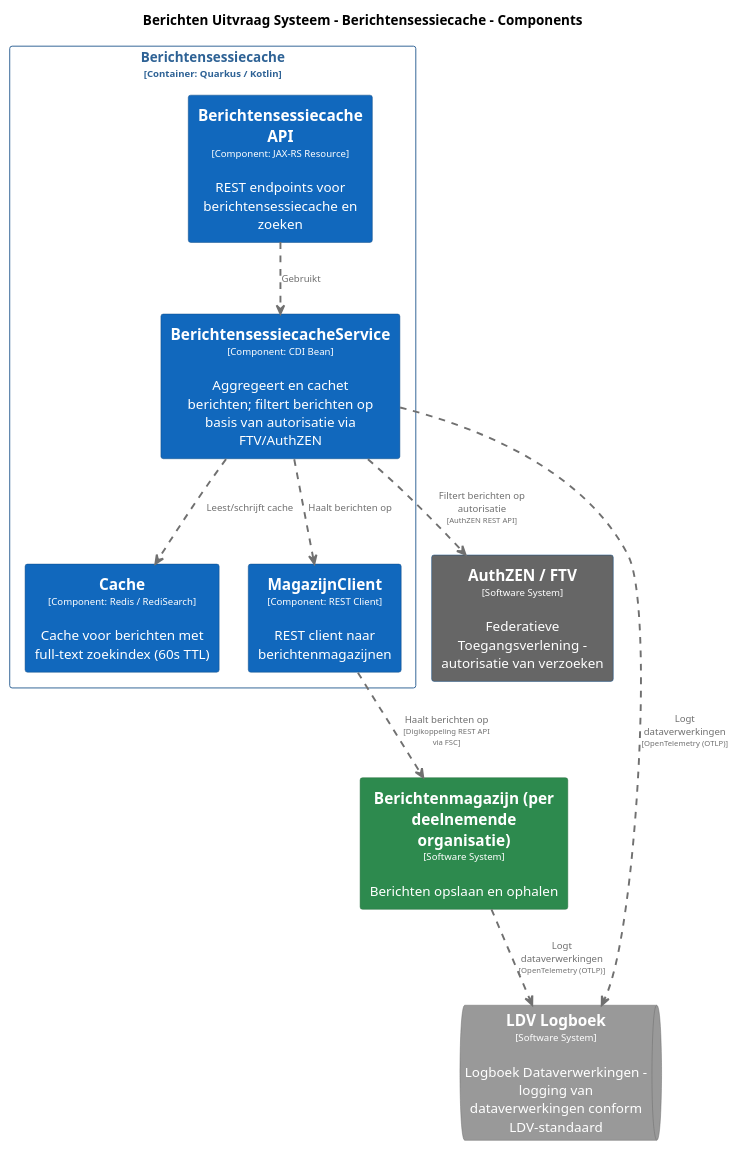
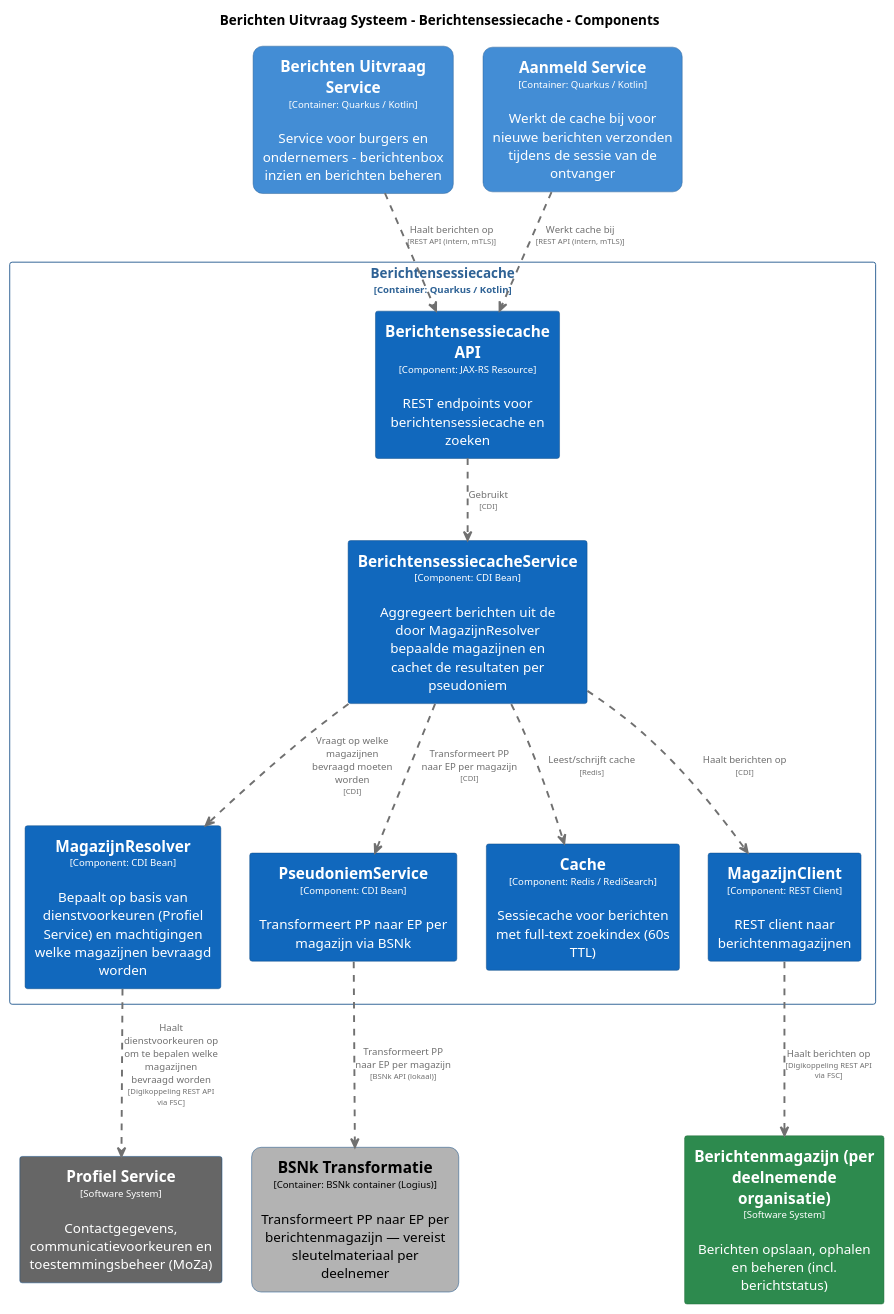
The diagram in master/puml/BerichtensessiecacheComponenten.puml (MinBZK/moza-poc-fbs-berichtenbox), drawn with PlantUML before and after one commit. The commit also changed 91 other files, not shown here.

```diff
--- a/master/puml/BerichtensessiecacheComponenten.puml
+++ b/master/puml/BerichtensessiecacheComponenten.puml
@@ -1,84 +1,118 @@
 @startuml
 set separator none
 title Berichten Uitvraag Systeem - Berichtensessiecache - Components
 
 top to bottom direction
 skinparam ranksep 60
 skinparam nodesep 30
 
 skinparam {
   arrowFontSize 10
   defaultTextAlignment center
   wrapWidth 200
   maxMessageSize 100
 }
 
 hide stereotype
 
-skinparam rectangle<<AuthZENFTV>> {
-  BackgroundColor #666666
+skinparam rectangle<<BerichtenUitvraagSysteem.AanmeldService>> {
+  BackgroundColor #438dd5
   FontColor #ffffff
+  BorderColor #2e6295
+  roundCorner 20
+  shadowing false
+}
+skinparam rectangle<<BerichtenUitvraagSysteem.BSNkTransformatie>> {
+  BackgroundColor #b3b3b3
+  FontColor #000000
   BorderColor #0b4884
+  roundCorner 20
+  shadowing false
+}
+skinparam rectangle<<BerichtenUitvraagSysteem.BerichtenUitvraagService>> {
+  BackgroundColor #438dd5
+  FontColor #ffffff
+  BorderColor #2e6295
+  roundCorner 20
   shadowing false
 }
 skinparam rectangle<<Berichtenmagazijnperdeelnemendeorganisatie>> {
   BackgroundColor #2d8a4e
   FontColor #ffffff
   BorderColor #1e6b38
   shadowing false
 }
 skinparam rectangle<<BerichtenUitvraagSysteem.Berichtensessiecache.BerichtensessiecacheAPI>> {
   BackgroundColor #1168bd
   FontColor #ffffff
   BorderColor #0b4884
   shadowing false
 }
 skinparam rectangle<<BerichtenUitvraagSysteem.Berichtensessiecache.BerichtensessiecacheService>> {
   BackgroundColor #1168bd
   FontColor #ffffff
   BorderColor #0b4884
   shadowing false
 }
 skinparam rectangle<<BerichtenUitvraagSysteem.Berichtensessiecache.Cache>> {
   BackgroundColor #1168bd
   FontColor #ffffff
   BorderColor #0b4884
   shadowing false
 }
-skinparam queue<<LDVLogboek>> {
-  BackgroundColor #999999
+skinparam rectangle<<BerichtenUitvraagSysteem.Berichtensessiecache.MagazijnClient>> {
+  BackgroundColor #1168bd
   FontColor #ffffff
-  BorderColor #6b6b6b
+  BorderColor #0b4884
   shadowing false
 }
-skinparam rectangle<<BerichtenUitvraagSysteem.Berichtensessiecache.MagazijnClient>> {
+skinparam rectangle<<BerichtenUitvraagSysteem.Berichtensessiecache.MagazijnResolver>> {
+  BackgroundColor #1168bd
+  FontColor #ffffff
+  BorderColor #0b4884
+  shadowing false
+}
+skinparam rectangle<<ProfielService>> {
+  BackgroundColor #666666
+  FontColor #ffffff
+  BorderColor #0b4884
+  shadowing false
+}
+skinparam rectangle<<BerichtenUitvraagSysteem.Berichtensessiecache.PseudoniemService>> {
   BackgroundColor #1168bd
   FontColor #ffffff
   BorderColor #0b4884
   shadowing false
 }
 skinparam rectangle<<BerichtenUitvraagSysteem.Berichtensessiecache>> {
   BorderColor #2e6295
   FontColor #2e6295
   shadowing false
 }
 
-rectangle "==AuthZEN / FTV\n<size:10>[Software System]</size>\n\nFederatieve Toegangsverlening - autorisatie van verzoeken" <<AuthZENFTV>> as AuthZENFTV
-rectangle "==Berichtenmagazijn (per deelnemende organisatie)\n<size:10>[Software System]</size>\n\nBerichten opslaan en ophalen" <<Berichtenmagazijnperdeelnemendeorganisatie>> as Berichtenmagazijnperdeelnemendeorganisatie
-queue "==LDV Logboek\n<size:10>[Software System]</size>\n\nLogboek Dataverwerkingen - logging van dataverwerkingen conform LDV-standaard" <<LDVLogboek>> as LDVLogboek
+rectangle "==Profiel Service\n<size:10>[Software System]</size>\n\nContactgegevens, communicatievoorkeuren en toestemmingsbeheer (MoZa)" <<ProfielService>> as ProfielService
+rectangle "==Berichtenmagazijn (per deelnemende organisatie)\n<size:10>[Software System]</size>\n\nBerichten opslaan, ophalen en beheren (incl. berichtstatus)" <<Berichtenmagazijnperdeelnemendeorganisatie>> as Berichtenmagazijnperdeelnemendeorganisatie
+rectangle "==Berichten Uitvraag Service\n<size:10>[Container: Quarkus / Kotlin]</size>\n\nService voor burgers en ondernemers - berichtenbox inzien en berichten beheren" <<BerichtenUitvraagSysteem.BerichtenUitvraagService>> as BerichtenUitvraagSysteem.BerichtenUitvraagService
+rectangle "==BSNk Transformatie\n<size:10>[Container: BSNk container (Logius)]</size>\n\nTransformeert PP naar EP per berichtenmagazijn — vereist sleutelmateriaal per deelnemer" <<BerichtenUitvraagSysteem.BSNkTransformatie>> as BerichtenUitvraagSysteem.BSNkTransformatie
+rectangle "==Aanmeld Service\n<size:10>[Container: Quarkus / Kotlin]</size>\n\nWerkt de cache bij voor nieuwe berichten verzonden tijdens de sessie van de ontvanger" <<BerichtenUitvraagSysteem.AanmeldService>> as BerichtenUitvraagSysteem.AanmeldService
 
 rectangle "Berichtensessiecache\n<size:10>[Container: Quarkus / Kotlin]</size>" <<BerichtenUitvraagSysteem.Berichtensessiecache>> {
   rectangle "==Berichtensessiecache API\n<size:10>[Component: JAX-RS Resource]</size>\n\nREST endpoints voor berichtensessiecache en zoeken" <<BerichtenUitvraagSysteem.Berichtensessiecache.BerichtensessiecacheAPI>> as BerichtenUitvraagSysteem.Berichtensessiecache.BerichtensessiecacheAPI
-  rectangle "==BerichtensessiecacheService\n<size:10>[Component: CDI Bean]</size>\n\nAggregeert en cachet berichten; filtert berichten op basis van autorisatie via FTV/AuthZEN" <<BerichtenUitvraagSysteem.Berichtensessiecache.BerichtensessiecacheService>> as BerichtenUitvraagSysteem.Berichtensessiecache.BerichtensessiecacheService
-  rectangle "==Cache\n<size:10>[Component: Redis / RediSearch]</size>\n\nCache voor berichten met full-text zoekindex (60s TTL)" <<BerichtenUitvraagSysteem.Berichtensessiecache.Cache>> as BerichtenUitvraagSysteem.Berichtensessiecache.Cache
+  rectangle "==MagazijnResolver\n<size:10>[Component: CDI Bean]</size>\n\nBepaalt op basis van dienstvoorkeuren (Profiel Service) en machtigingen welke magazijnen bevraagd worden" <<BerichtenUitvraagSysteem.Berichtensessiecache.MagazijnResolver>> as BerichtenUitvraagSysteem.Berichtensessiecache.MagazijnResolver
+  rectangle "==PseudoniemService\n<size:10>[Component: CDI Bean]</size>\n\nTransformeert PP naar EP per magazijn via BSNk" <<BerichtenUitvraagSysteem.Berichtensessiecache.PseudoniemService>> as BerichtenUitvraagSysteem.Berichtensessiecache.PseudoniemService
+  rectangle "==BerichtensessiecacheService\n<size:10>[Component: CDI Bean]</size>\n\nAggregeert berichten uit de door MagazijnResolver bepaalde magazijnen en cachet de resultaten per pseudoniem" <<BerichtenUitvraagSysteem.Berichtensessiecache.BerichtensessiecacheService>> as BerichtenUitvraagSysteem.Berichtensessiecache.BerichtensessiecacheService
+  rectangle "==Cache\n<size:10>[Component: Redis / RediSearch]</size>\n\nSessiecache voor berichten met full-text zoekindex (60s TTL)" <<BerichtenUitvraagSysteem.Berichtensessiecache.Cache>> as BerichtenUitvraagSysteem.Berichtensessiecache.Cache
   rectangle "==MagazijnClient\n<size:10>[Component: REST Client]</size>\n\nREST client naar berichtenmagazijnen" <<BerichtenUitvraagSysteem.Berichtensessiecache.MagazijnClient>> as BerichtenUitvraagSysteem.Berichtensessiecache.MagazijnClient
 }
 
-BerichtenUitvraagSysteem.Berichtensessiecache.BerichtensessiecacheService .[#707070,thickness=2].> LDVLogboek : "<color:#707070>Logt dataverwerkingen\n<color:#707070><size:8>[OpenTelemetry (OTLP)]</size>"
-BerichtenUitvraagSysteem.Berichtensessiecache.BerichtensessiecacheAPI .[#707070,thickness=2].> BerichtenUitvraagSysteem.Berichtensessiecache.BerichtensessiecacheService : "<color:#707070>Gebruikt"
-BerichtenUitvraagSysteem.Berichtensessiecache.BerichtensessiecacheService .[#707070,thickness=2].> BerichtenUitvraagSysteem.Berichtensessiecache.Cache : "<color:#707070>Leest/schrijft cache"
-BerichtenUitvraagSysteem.Berichtensessiecache.BerichtensessiecacheService .[#707070,thickness=2].> BerichtenUitvraagSysteem.Berichtensessiecache.MagazijnClient : "<color:#707070>Haalt berichten op"
-BerichtenUitvraagSysteem.Berichtensessiecache.BerichtensessiecacheService .[#707070,thickness=2].> AuthZENFTV : "<color:#707070>Filtert berichten op autorisatie\n<color:#707070><size:8>[AuthZEN REST API]</size>"
+BerichtenUitvraagSysteem.Berichtensessiecache.MagazijnResolver .[#707070,thickness=2].> ProfielService : "<color:#707070>Haalt dienstvoorkeuren op om te bepalen welke magazijnen bevraagd worden\n<color:#707070><size:8>[Digikoppeling REST API via FSC]</size>"
 BerichtenUitvraagSysteem.Berichtensessiecache.MagazijnClient .[#707070,thickness=2].> Berichtenmagazijnperdeelnemendeorganisatie : "<color:#707070>Haalt berichten op\n<color:#707070><size:8>[Digikoppeling REST API via FSC]</size>"
-Berichtenmagazijnperdeelnemendeorganisatie .[#707070,thickness=2].> LDVLogboek : "<color:#707070>Logt dataverwerkingen\n<color:#707070><size:8>[OpenTelemetry (OTLP)]</size>"
+BerichtenUitvraagSysteem.Berichtensessiecache.BerichtensessiecacheAPI .[#707070,thickness=2].> BerichtenUitvraagSysteem.Berichtensessiecache.BerichtensessiecacheService : "<color:#707070>Gebruikt\n<color:#707070><size:8>[CDI]</size>"
+BerichtenUitvraagSysteem.Berichtensessiecache.BerichtensessiecacheService .[#707070,thickness=2].> BerichtenUitvraagSysteem.Berichtensessiecache.MagazijnResolver : "<color:#707070>Vraagt op welke magazijnen bevraagd moeten worden\n<color:#707070><size:8>[CDI]</size>"
+BerichtenUitvraagSysteem.Berichtensessiecache.BerichtensessiecacheService .[#707070,thickness=2].> BerichtenUitvraagSysteem.Berichtensessiecache.PseudoniemService : "<color:#707070>Transformeert PP naar EP per magazijn\n<color:#707070><size:8>[CDI]</size>"
+BerichtenUitvraagSysteem.Berichtensessiecache.BerichtensessiecacheService .[#707070,thickness=2].> BerichtenUitvraagSysteem.Berichtensessiecache.Cache : "<color:#707070>Leest/schrijft cache\n<color:#707070><size:8>[Redis]</size>"
+BerichtenUitvraagSysteem.Berichtensessiecache.BerichtensessiecacheService .[#707070,thickness=2].> BerichtenUitvraagSysteem.Berichtensessiecache.MagazijnClient : "<color:#707070>Haalt berichten op\n<color:#707070><size:8>[CDI]</size>"
+BerichtenUitvraagSysteem.Berichtensessiecache.PseudoniemService .[#707070,thickness=2].> BerichtenUitvraagSysteem.BSNkTransformatie : "<color:#707070>Transformeert PP naar EP per magazijn\n<color:#707070><size:8>[BSNk API (lokaal)]</size>"
+BerichtenUitvraagSysteem.AanmeldService .[#707070,thickness=2].> BerichtenUitvraagSysteem.Berichtensessiecache.BerichtensessiecacheAPI : "<color:#707070>Werkt cache bij\n<color:#707070><size:8>[REST API (intern, mTLS)]</size>"
+BerichtenUitvraagSysteem.BerichtenUitvraagService .[#707070,thickness=2].> BerichtenUitvraagSysteem.Berichtensessiecache.BerichtensessiecacheAPI : "<color:#707070>Haalt berichten op\n<color:#707070><size:8>[REST API (intern, mTLS)]</size>"
 @enduml
```
